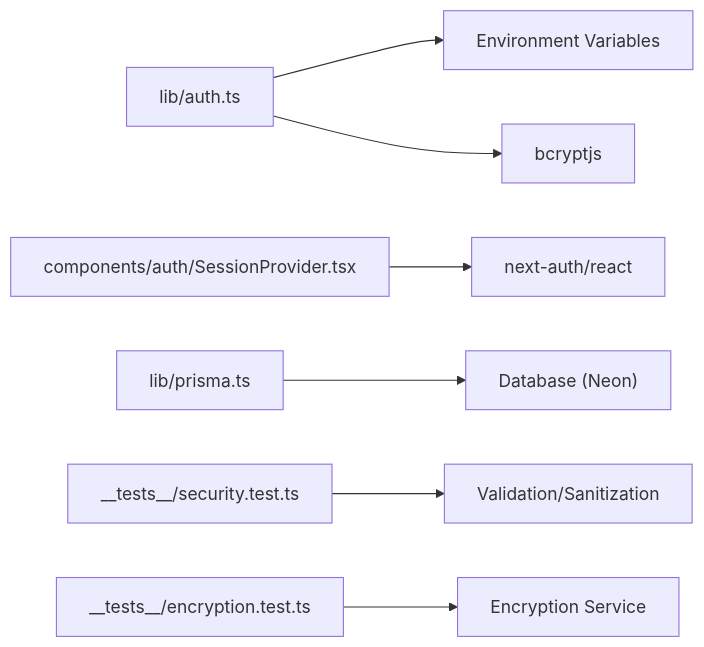
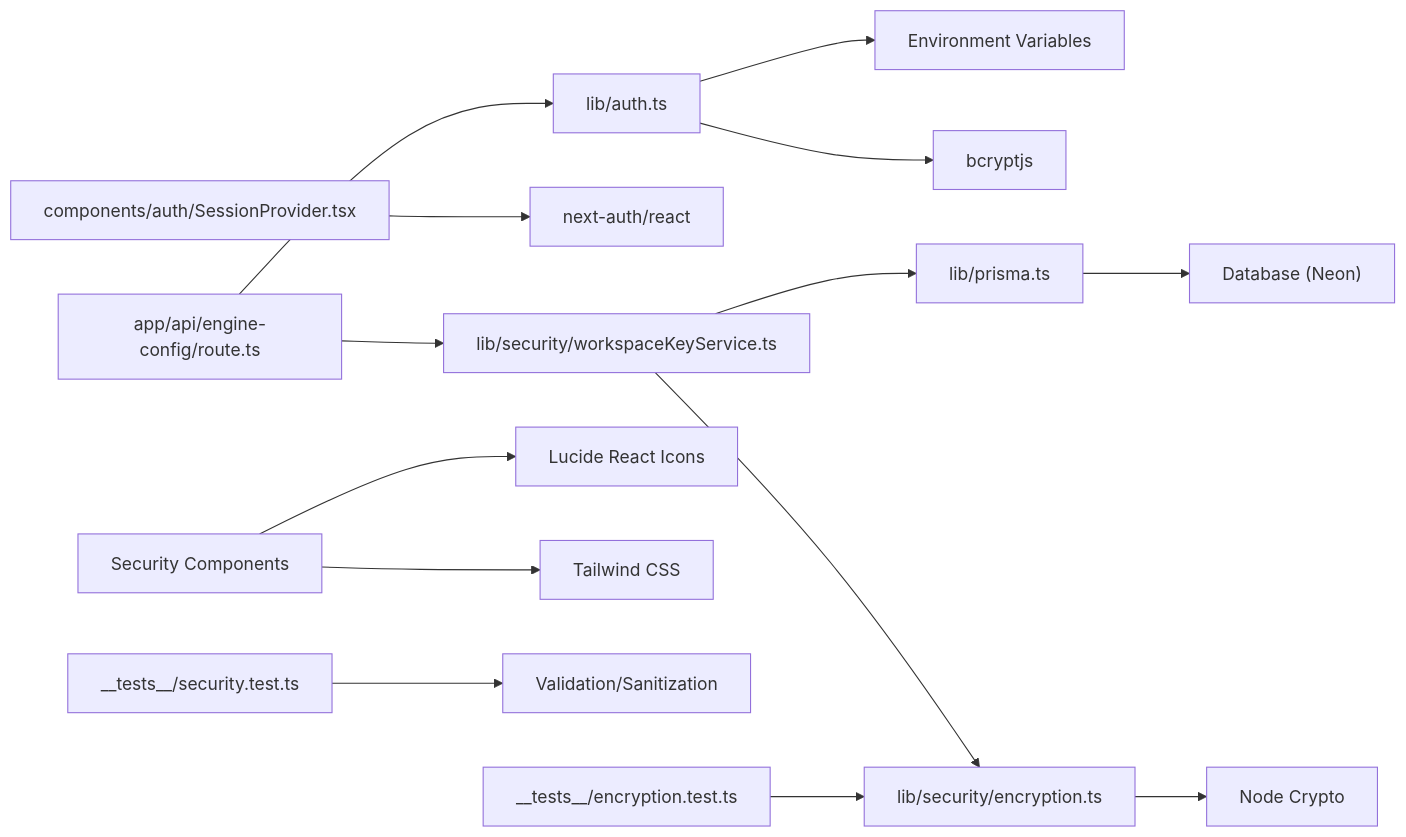
Diagram 11 of 11 in .qoder/repowiki/en/content/Security & Privacy/Security & Privacy.md (shekhargiri005-dotcom/AI-powered-accessibility-first-UI-engine), drawn with Mermaid before and after one commit. The commit also changed other lines of this file and 10 other files, not shown here.

````diff
--- a/.qoder/repowiki/en/content/Security & Privacy/Security & Privacy.md
+++ b/.qoder/repowiki/en/content/Security & Privacy/Security & Privacy.md
@@ -266,9 +456,16 @@
 ```mermaid
 graph LR
 AUTH["lib/auth.ts"] --> ENV["Environment Variables"]
 AUTH --> BC["bcryptjs"]
 SESSION["components/auth/SessionProvider.tsx"] --> NEXTAUTH["next-auth/react"]
 PRISMA["lib/prisma.ts"] --> DB["Database (Neon)"]
+ENCRYPTION["lib/security/encryption.ts"] --> CRYPTO["Node Crypto"]
+WORKSPACE["lib/security/workspaceKeyService.ts"] --> PRISMA
+WORKSPACE --> ENCRYPTION
+ENGINE["app/api/engine-config/route.ts"] --> WORKSPACE
+ENGINE --> AUTH
+SEC_INDICATORS["Security Components"] --> ICONS["Lucide React Icons"]
+SEC_INDICATORS --> TAILWIND["Tailwind CSS"]
 SEC_TEST["__tests__/security.test.ts"] --> VALID["Validation/Sanitization"]
-ENC_TEST["__tests__/encryption.test.ts"] --> ENC["Encryption Service"]
+ENC_TEST["__tests__/encryption.test.ts"] --> ENCRYPTION
 ```
````
